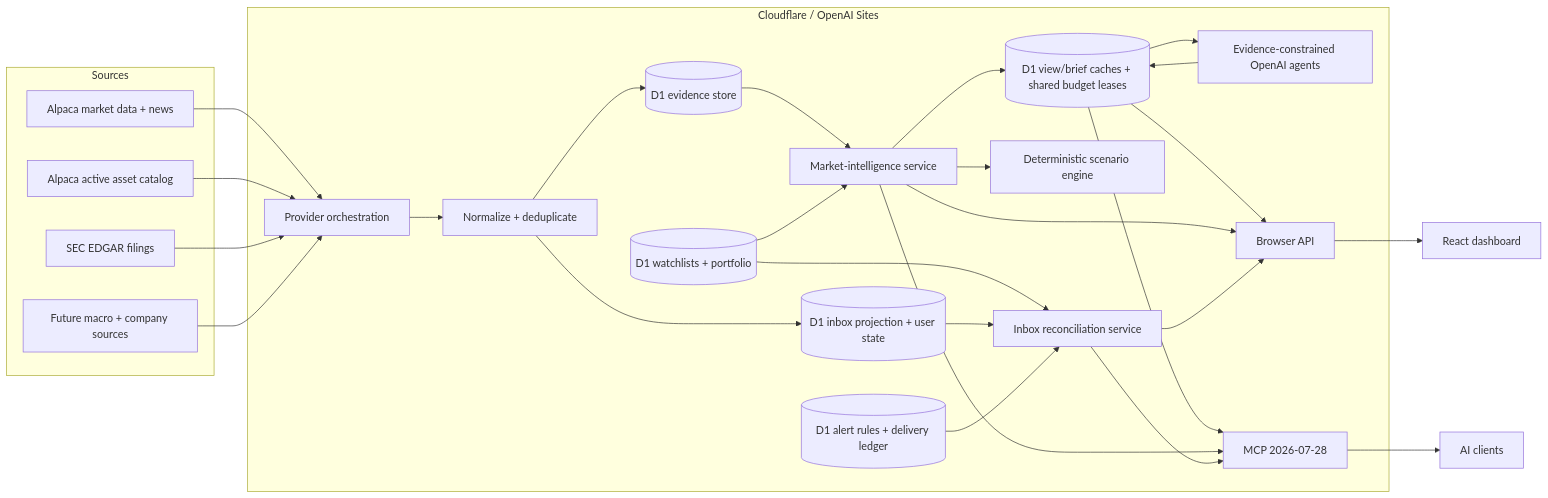
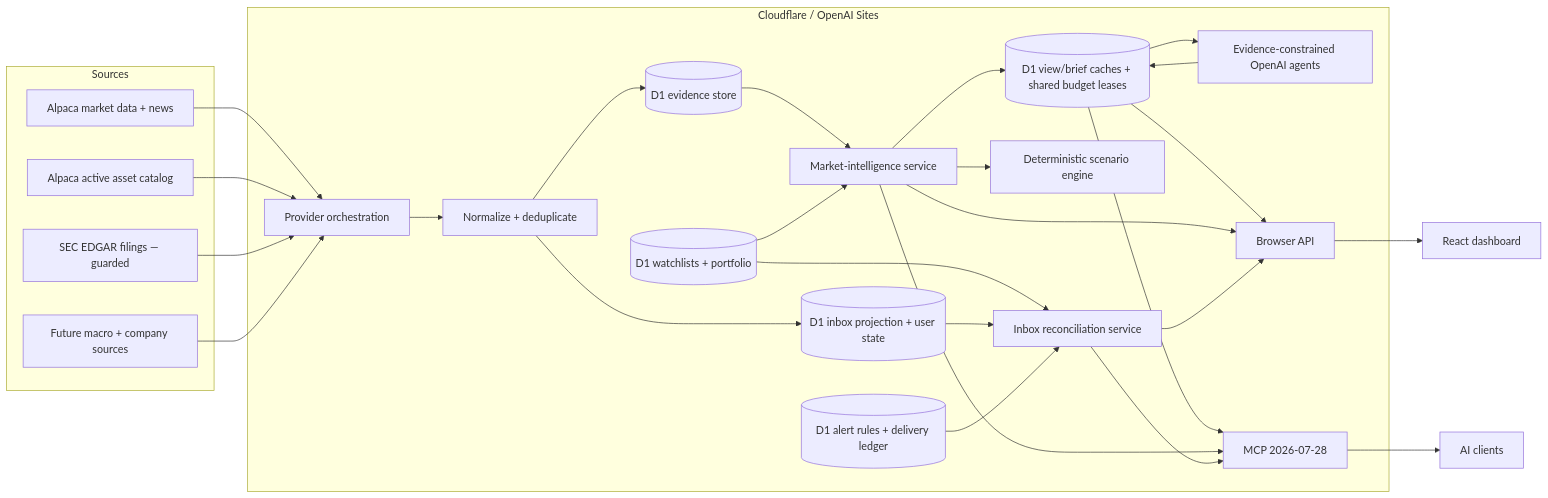
Before and after one commit to jonxsong/Omnigaze: the diagram in docs/architecture.md, drawn with Mermaid. The commit also changed other lines of this file and 19 other files, not shown here.

````diff
--- a/docs/architecture.md
+++ b/docs/architecture.md
@@ -5,50 +5,50 @@
 ```mermaid
 flowchart LR
   subgraph Sources
     Alpaca[Alpaca market data + news]
     Assets[Alpaca active asset catalog]
-    SEC[SEC EDGAR filings]
+    SEC[SEC EDGAR filings — guarded]
     Future[Future macro + company sources]
   end
 
   subgraph Edge[Cloudflare / OpenAI Sites]
     Ingest[Provider orchestration]
     Normalize[Normalize + deduplicate]
     D1[(D1 evidence store)]
     Portfolio[(D1 watchlists + portfolio)]
     Inbox[(D1 inbox projection + user state)]
     Alerts[(D1 alert rules + delivery ledger)]
     Domain[Market-intelligence service]
     InboxService[Inbox reconciliation service]
     Scenarios[Deterministic scenario engine]
     AIGuard[(D1 view/brief caches + shared budget leases)]
     Agent[Evidence-constrained OpenAI agents]
     API[Browser API]
     MCP[MCP 2026-07-28]
   end
 
   UI[React dashboard]
   Clients[AI clients]
 
   Alpaca --> Ingest
   Assets --> Ingest
   SEC --> Ingest
   Future --> Ingest
   Ingest --> Normalize --> D1
   Normalize --> Inbox
   Portfolio --> InboxService
   Inbox --> InboxService
   Alerts --> InboxService
   D1 --> Domain
   Portfolio --> Domain
   Domain --> Scenarios
   Domain --> AIGuard
   AIGuard --> Agent
   Agent --> AIGuard
   AIGuard --> API
   AIGuard --> MCP
   Domain --> API --> UI
   InboxService --> API
   Domain --> MCP --> Clients
   InboxService --> MCP
 ```
````
